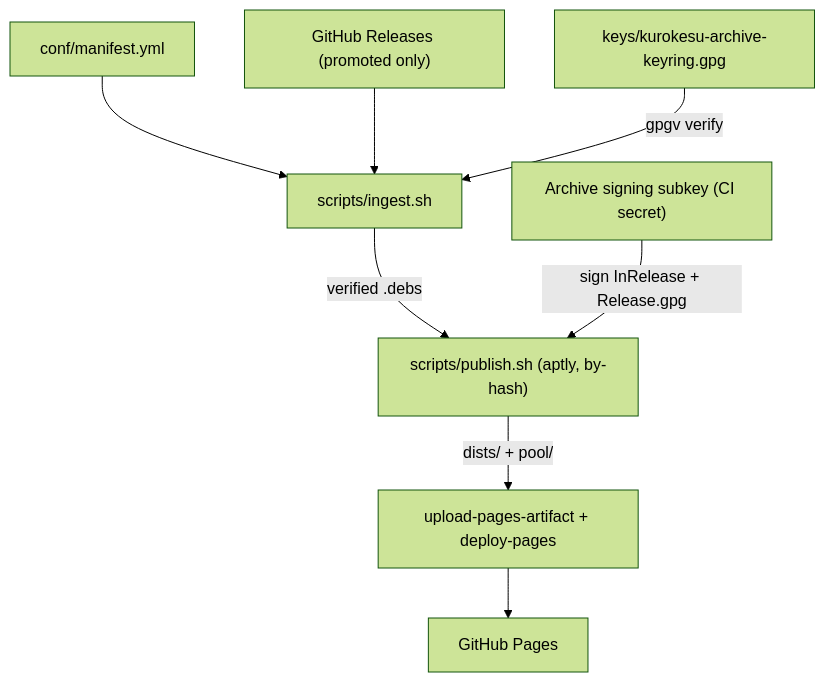
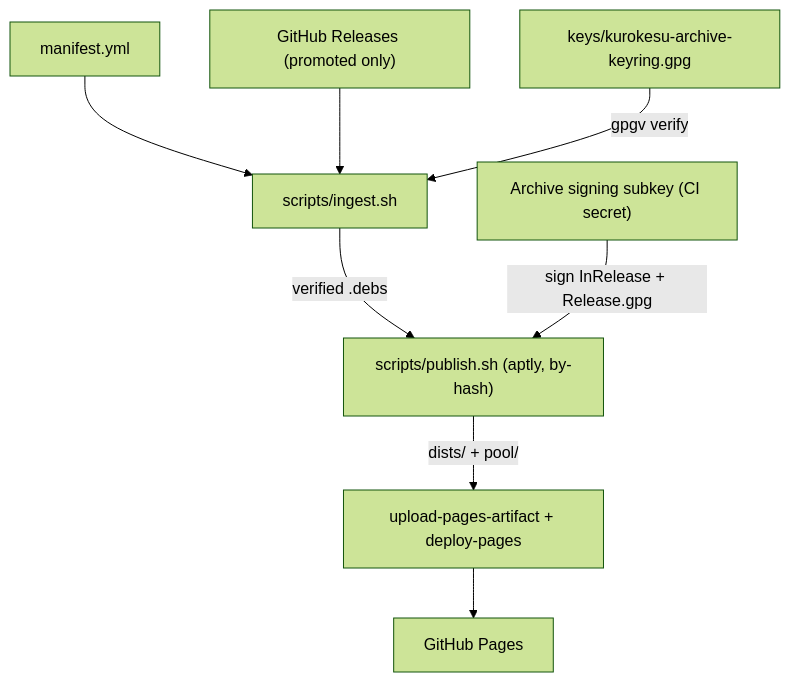
The diagram in README.md (Kurokesu/apt), drawn with Mermaid (forest theme) before and after one commit. The commit also changed other lines of this file and 3 other files, not shown here.

````diff
--- a/README.md
+++ b/README.md
@@ -11,10 +11,10 @@
 ```mermaid
 flowchart TD
-  manifest["conf/manifest.yml"] --> ingest["scripts/ingest.sh"]
+  manifest["manifest.yml"] --> ingest["scripts/ingest.sh"]
   releases["GitHub Releases (promoted only)"] --> ingest
   keyring["keys/kurokesu-archive-keyring.gpg"] -->|"gpgv verify"| ingest
   ingest -->|"verified .debs"| publish["scripts/publish.sh (aptly, by-hash)"]
   secret["Archive signing subkey (CI secret)"] -->|"sign InRelease + Release.gpg"| publish
   publish -->|"dists/ + pool/"| deploy["upload-pages-artifact + deploy-pages"]
   deploy --> pages["GitHub Pages"]
 ```
````
